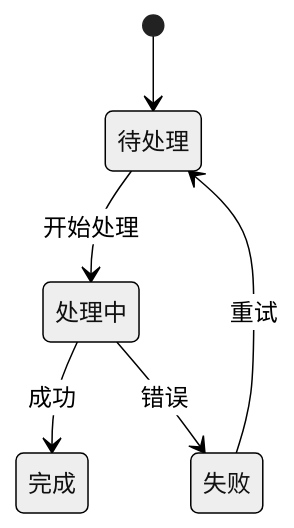
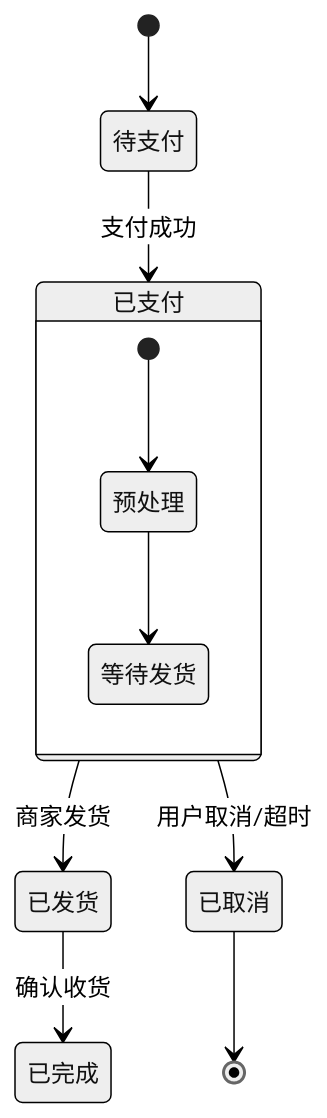
The fourth of 6 diagrams in agents/flow-verifier.md (winsonwq/spec-forge), drawn with Mermaid (neutral theme) before and after one commit. The commit also changed other lines of this file, not shown here.

First line of the commit message:
Enhance: flow-verifier 掌握完整 Mermaid 语法

````diff
--- a/agents/flow-verifier.md
+++ b/agents/flow-verifier.md
@@ -40,8 +51,14 @@
 ```mermaid
 stateDiagram-v2
-    [*] --> 待处理
-    待处理 --> 处理中: 开始处理
-    处理中 --> 完成: 成功
-    处理中 --> 失败: 错误
-    失败 --> 待处理: 重试
+    [*] --> 待支付
+    待支付 --> 已支付: 支付成功
+    已支付 --> 已发货: 商家发货
+    已发货 --> 已完成: 确认收货
+    已支付 --> 已取消: 用户取消/超时
+    已取消 --> [*]
+    
+    state 已支付 {
+        [*] --> 预处理
+        预处理 --> 等待发货
+    }
 ```
````
